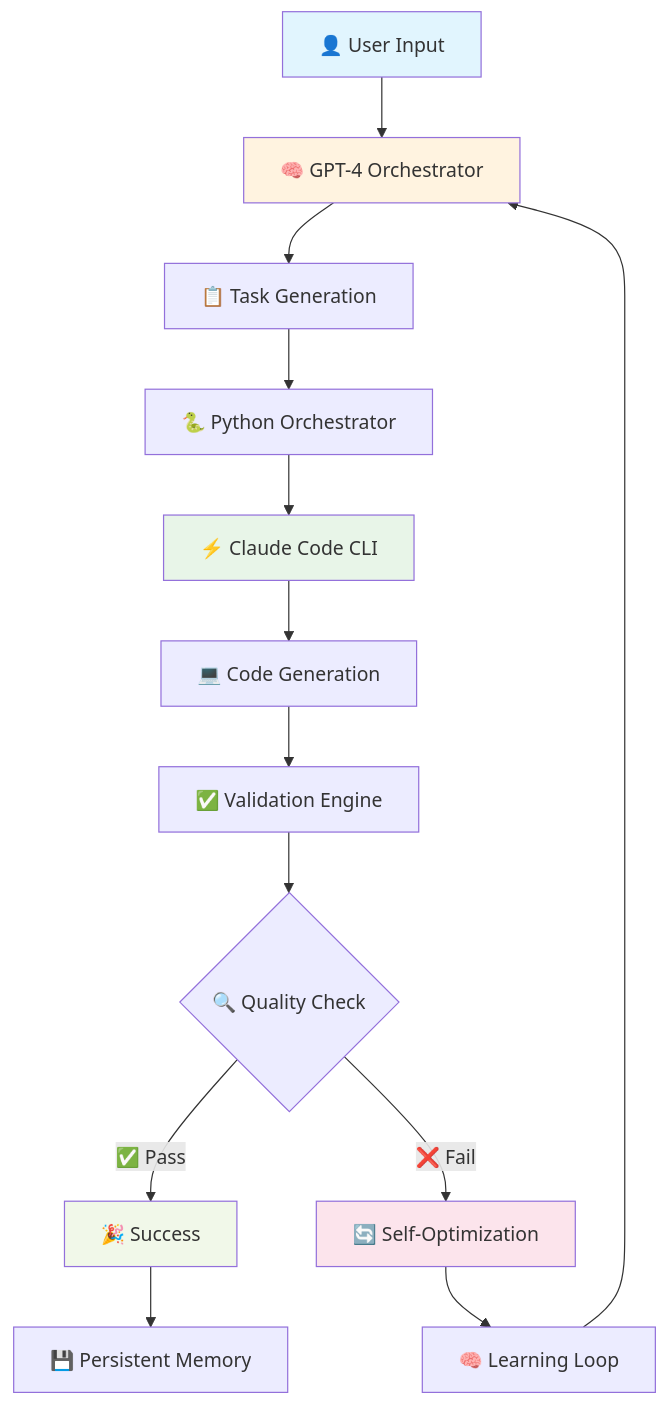
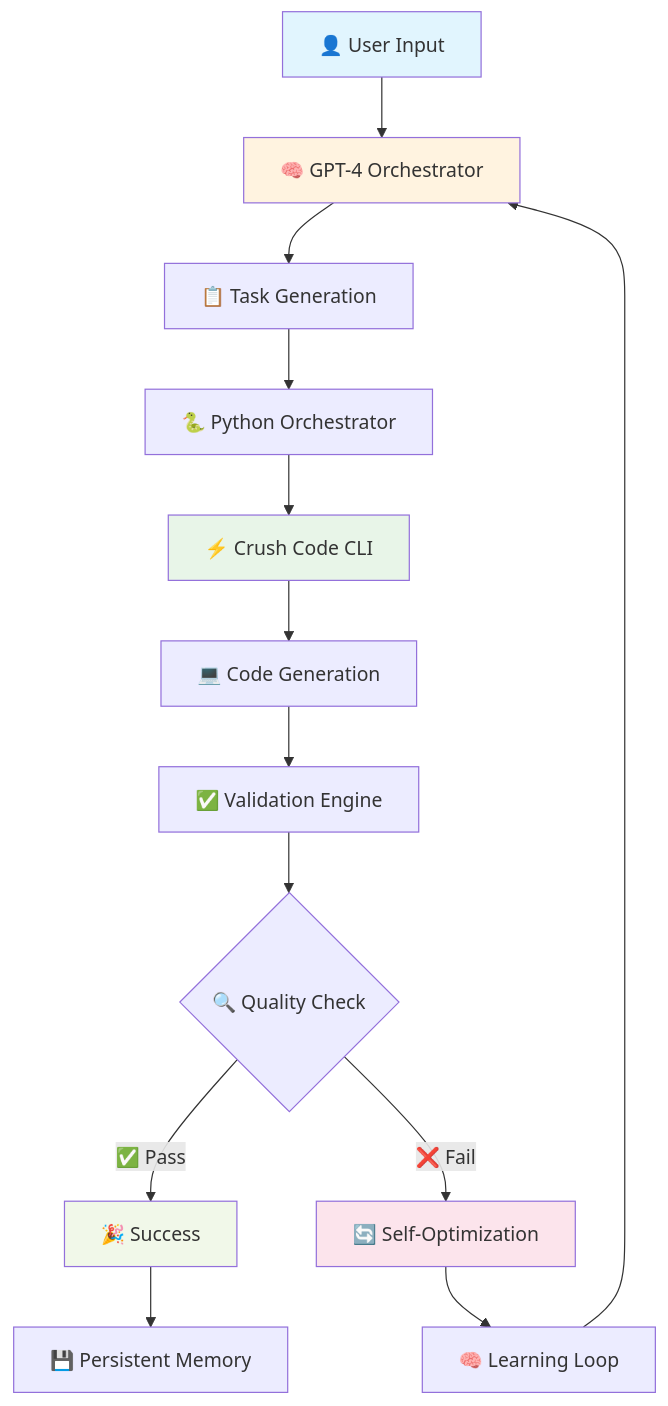
Before and after one commit to meistro57/MeistroCraft: the first of 4 diagrams in WIKI.md, drawn with Mermaid. The commit also changed other lines of this file and 24 other files, not shown here.

Commit message:
feat: migrate backend from Claude to Crush

````diff
--- a/WIKI.md
+++ b/WIKI.md
@@ -45,21 +45,21 @@
 ```mermaid
 graph TB
     A[👤 User Input] --> B[🧠 GPT-4 Orchestrator]
     B --> C[📋 Task Generation]
     C --> D[🐍 Python Orchestrator]
-    D --> E[⚡ Claude Code CLI]
+    D --> E[⚡ Crush Code CLI]
     E --> F[💻 Code Generation]
     F --> G[✅ Validation Engine]
     G --> H{🔍 Quality Check}
     H -->|✅ Pass| I[🎉 Success]
     H -->|❌ Fail| J[🔄 Self-Optimization]
     J --> K[🧠 Learning Loop]
     K --> B
     I --> L[💾 Persistent Memory]
     
     style A fill:#e1f5fe
     style B fill:#fff3e0
     style E fill:#e8f5e8
     style I fill:#f1f8e9
     style J fill:#fce4ec
 ```
````
